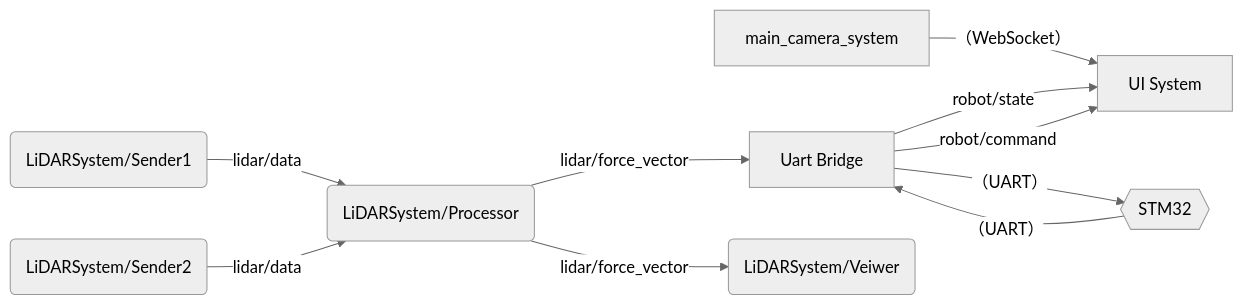
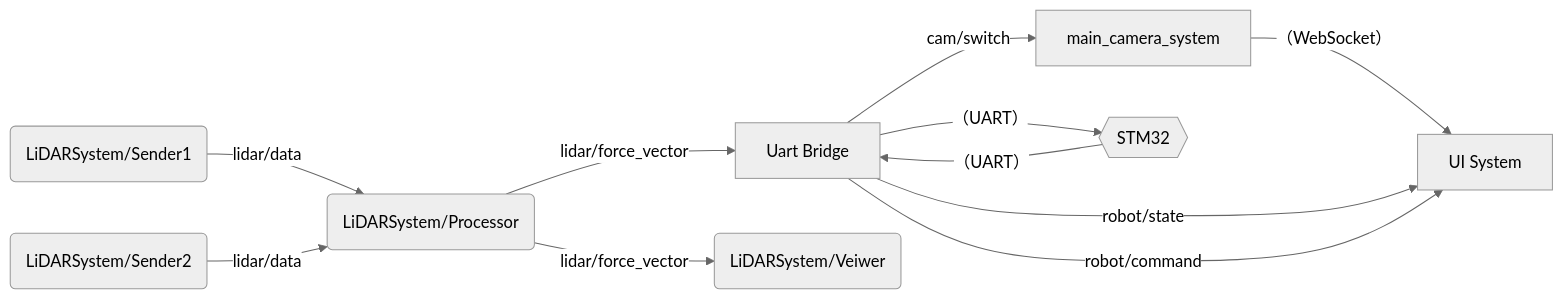
One commit to CoRE-MA-KING/roboapp changed the diagram in README.md. Above: the diagram before and after it, drawn with Mermaid (neutral theme). The commit also changed other lines of this file and 13 other files, not shown here.

First line of the commit message:
`cam/switch`型を整備し直す (#17)

````diff
--- a/README.md
+++ b/README.md
@@ -71,22 +71,23 @@
 ```mermaid
     flowchart LR
 
     A[main_camera_system]
     B[UI System]
     U[Uart Bridge]
     M{{STM32}}
     LS1(LiDARSystem/Sender1)
     LS2(LiDARSystem/Sender2)
     LP(LiDARSystem/Processor)
     LV(LiDARSystem/Veiwer)
 
     A -- （WebSocket）--> B
     U -- robot/state --> B
     U -- robot/command --> B
     LS1 -- lidar/data --> LP
     LS2 -- lidar/data --> LP
     LP -- lidar/force_vector --> U
     LP -- lidar/force_vector --> LV
     U -- （UART） --> M
+    U -- cam/switch --> A
     M -- （UART） --> U
 ```
````
